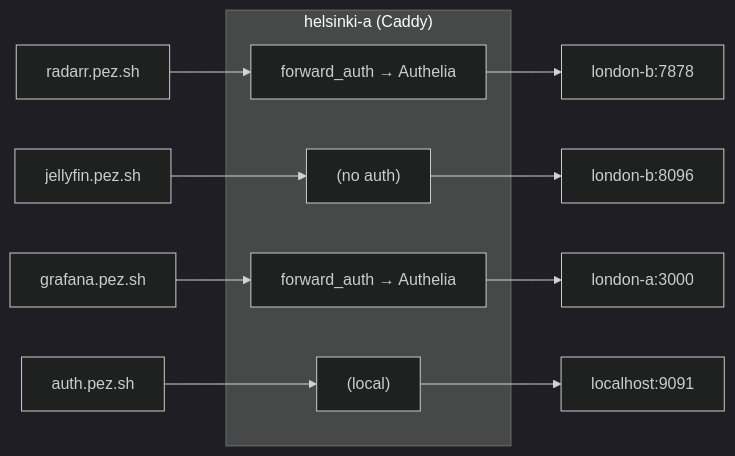
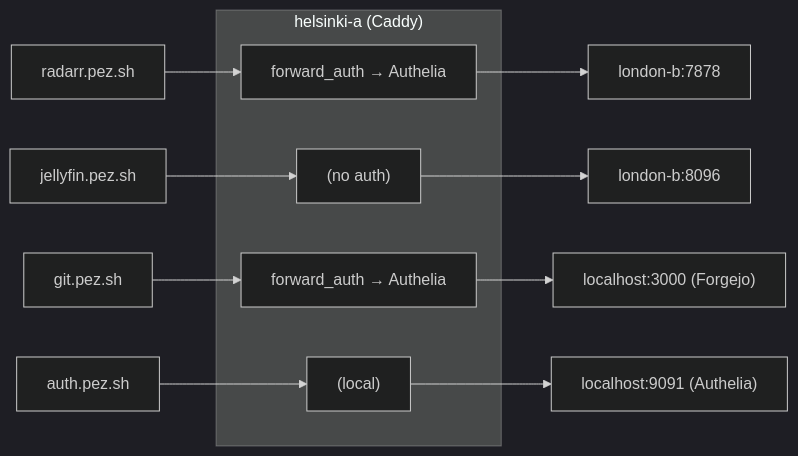
One commit to RWejlgaard/pez-infra changed the second of 3 diagrams in docs/architecture.md. Above: the diagram before and after it, drawn with Mermaid (dark theme). The commit also changed other lines of this file and 15 other files, not shown here.

````diff
--- a/docs/architecture.md
+++ b/docs/architecture.md
@@ -43,14 +46,14 @@
 ```mermaid
 graph LR
     subgraph "helsinki-a (Caddy)"
         A1["forward_auth → Authelia"]
         A2["(no auth)"]
         A3["forward_auth → Authelia"]
         A4["(local)"]
     end
 
     R["radarr.pez.sh"] --> A1 --> LB1["london-b:7878"]
     J["jellyfin.pez.sh"] --> A2 --> LB2["london-b:8096"]
-    G["grafana.pez.sh"] --> A3 --> LA["london-a:3000"]
-    AU["auth.pez.sh"] --> A4 --> LO["localhost:9091"]
+    G["git.pez.sh"] --> A3 --> LO3["localhost:3000 (Forgejo)"]
+    AU["auth.pez.sh"] --> A4 --> LO["localhost:9091 (Authelia)"]
 ```
````
